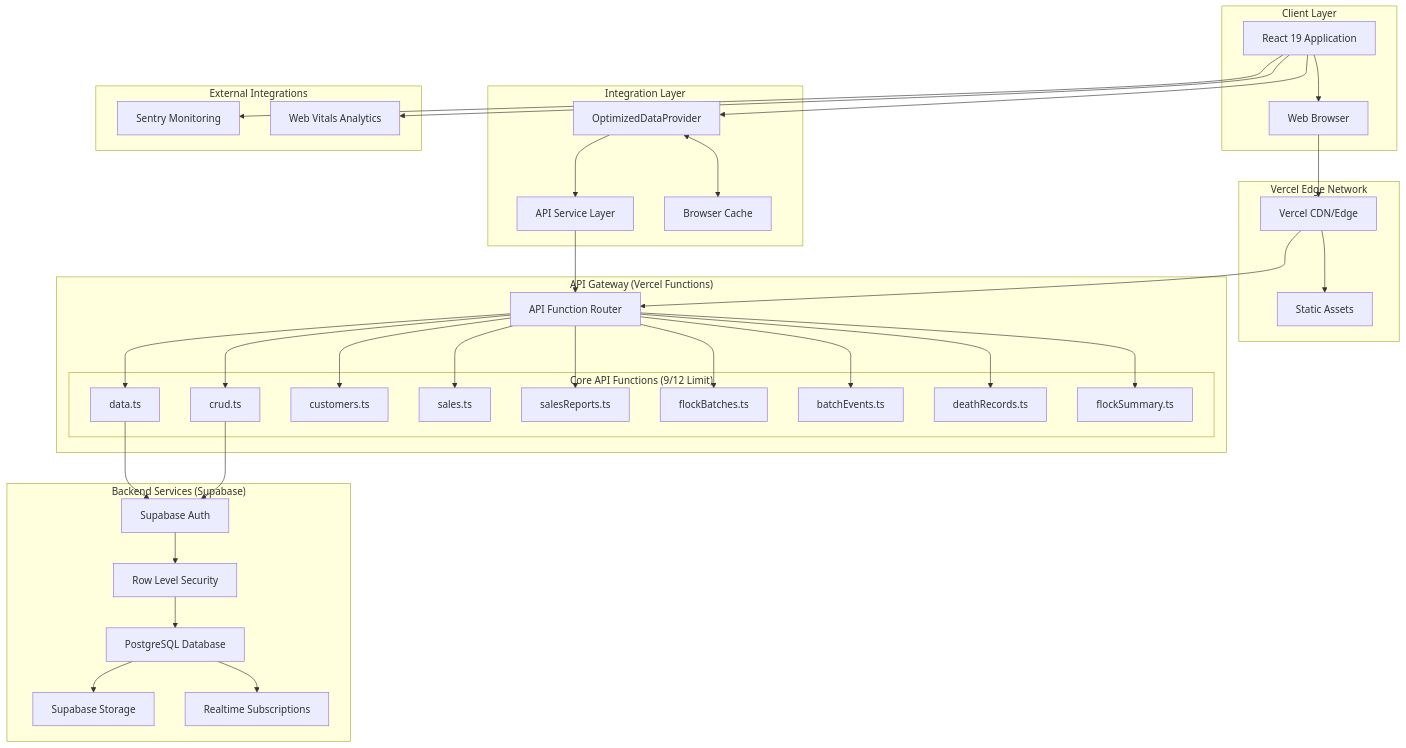
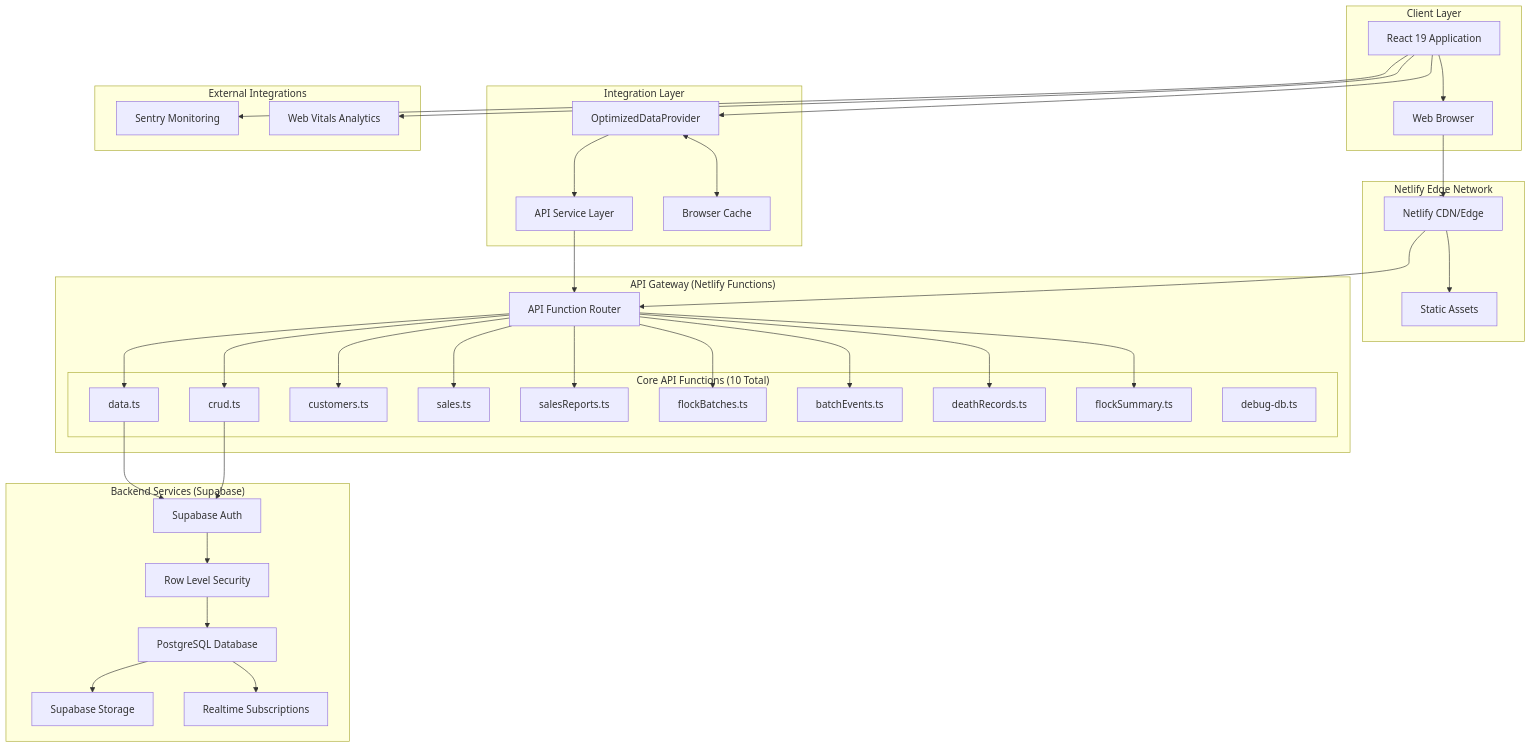
One commit to alex-pcode/chicken-farm-management changed the first of 9 diagrams in docs/architecture/system-integration-architecture.md. Above: the diagram before and after it, drawn with Mermaid. The commit also changed other lines of this file and 10 other files, not shown here.

First line of the commit message:
docs: update architecture documentation for Netlify migration

````diff
--- a/docs/architecture/system-integration-architecture.md
+++ b/docs/architecture/system-integration-architecture.md
@@ -15,78 +15,79 @@
 ```mermaid
 graph TB
     subgraph "Client Layer"
         React[React 19 Application]
         Browser[Web Browser]
         React --> Browser
     end
     
     subgraph "Integration Layer"
         DataProvider[OptimizedDataProvider]
         APIService[API Service Layer]
         BrowserCache[Browser Cache]
         
         React --> DataProvider
         DataProvider --> APIService
         DataProvider <--> BrowserCache
     end
     
-    subgraph "Vercel Edge Network"
-        CDN[Vercel CDN/Edge]
+    subgraph "Netlify Edge Network"
+        CDN[Netlify CDN/Edge]
         StaticAssets[Static Assets]
-        
+
         Browser --> CDN
         CDN --> StaticAssets
     end
-    
-    subgraph "API Gateway (Vercel Functions)"
+
+    subgraph "API Gateway (Netlify Functions)"
         APIGateway[API Function Router]
-        
-        subgraph "Core API Functions (9/12 Limit)"
+
+        subgraph "Core API Functions (10 Total)"
             DataAPI[data.ts]
             CrudAPI[crud.ts]
             CustomersAPI[customers.ts]
             SalesAPI[sales.ts]
             SalesReportsAPI[salesReports.ts]
             FlockBatchesAPI[flockBatches.ts]
             BatchEventsAPI[batchEvents.ts]
             DeathRecordsAPI[deathRecords.ts]
             FlockSummaryAPI[flockSummary.ts]
+            DebugAPI[debug-db.ts]
         end
         
         APIService --> APIGateway
         APIGateway --> DataAPI
         APIGateway --> CrudAPI
         APIGateway --> CustomersAPI
         APIGateway --> SalesAPI
         APIGateway --> SalesReportsAPI
         APIGateway --> FlockBatchesAPI
         APIGateway --> BatchEventsAPI
         APIGateway --> DeathRecordsAPI
         APIGateway --> FlockSummaryAPI
     end
     
     subgraph "Backend Services (Supabase)"
         Auth[Supabase Auth]
         Database[PostgreSQL Database]
         RLS[Row Level Security]
         Storage[Supabase Storage]
         Realtime[Realtime Subscriptions]
         
         DataAPI --> Auth
         CrudAPI --> Auth
         Auth --> RLS
         RLS --> Database
         Database --> Storage
         Database --> Realtime
     end
     
     subgraph "External Integrations"
         Monitoring[Sentry Monitoring]
         Analytics[Web Vitals Analytics]
         
         React --> Monitoring
         React --> Analytics
     end
     
     CDN --> APIGateway
 ```
````
